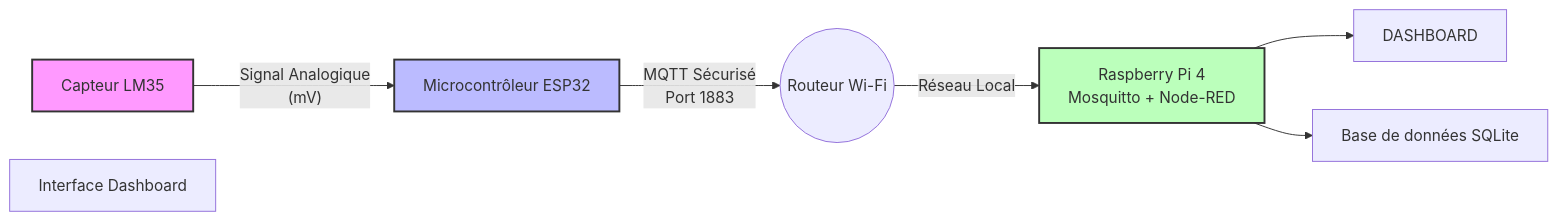
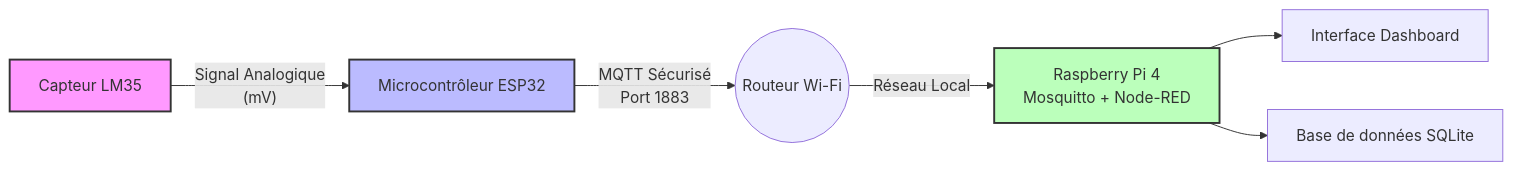
The diagram in README.md (warren16-pnj/Station-meteo), drawn with Mermaid before and after one commit.

````diff
--- a/README.md
+++ b/README.md
@@ -11,22 +11,22 @@
 ```mermaid
 graph LR
     %% Définition des nœuds 
     LM35[Capteur LM35]
     ESP32[Microcontrôleur ESP32]
     WIFI((Routeur Wi-Fi))
     RPI[Raspberry Pi 4<br/>Mosquitto + Node-RED]
     DASH[Interface Dashboard]
     SQL[Base de données SQLite]
 
     %% Définition des liens 
     LM35 -- Signal Analogique<br/>(mV) --> ESP32
     ESP32 -- MQTT Sécurisé <br/>Port 1883 --> WIFI
     WIFI -- Réseau Local --> RPI
-    RPI --> DASHBOARD
+    RPI --> DASH
     RPI --> SQL
 
     %% Styles 
     style LM35 fill:#f9f,stroke:#333,stroke-width:2px
     style ESP32 fill:#bbf,stroke:#333,stroke-width:2px
     style RPI fill:#bfb,stroke:#333,stroke-width:2px
 ```
````
